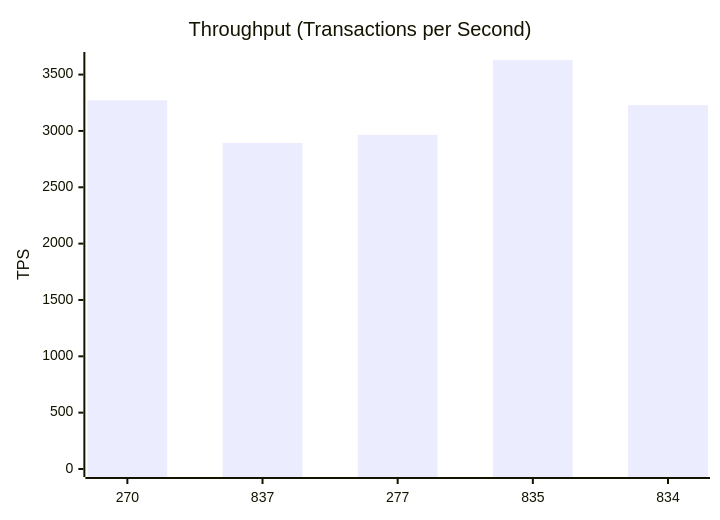
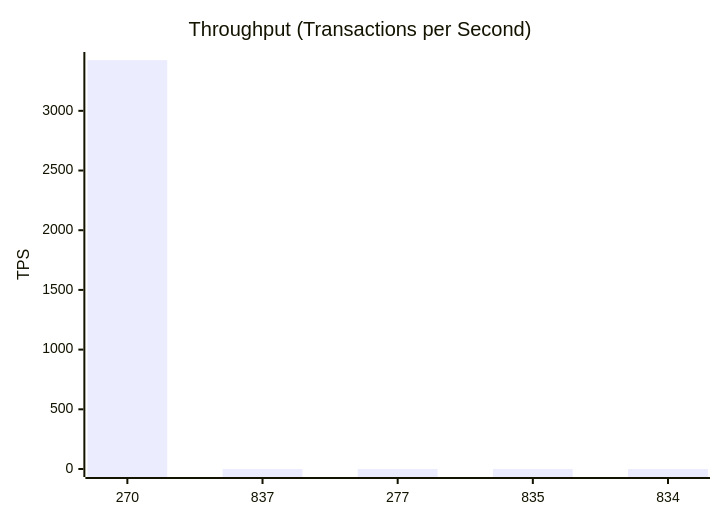
One commit to dhagan-va/intern-2025 changed the second of 10 diagrams in test-tools/DataGen/src/Statistics_Visualizer.md. Above: the diagram before and after it, drawn with Mermaid. The commit also changed other lines of this file and 3 other files, not shown here.

````diff
--- a/test-tools/DataGen/src/Statistics_Visualizer.md
+++ b/test-tools/DataGen/src/Statistics_Visualizer.md
@@ -30,7 +30,7 @@
 ```mermaid
 xychart-beta
     title "Throughput (Transactions per Second)"
     x-axis ["270", "837", "277", "835", "834"]
-    y-axis "TPS" 0 --> 3629.43780875738
-    bar [3272.2427428200454, 2893.3870770338267, 2965.5717874479806, 3628.43780875738, 3228.9260107749265]
+    y-axis "TPS" 0 --> 3425.657534246576
+    bar [3424.657534246576, 0.0, 0.0, 0.0, 0.0]
 ```
````
